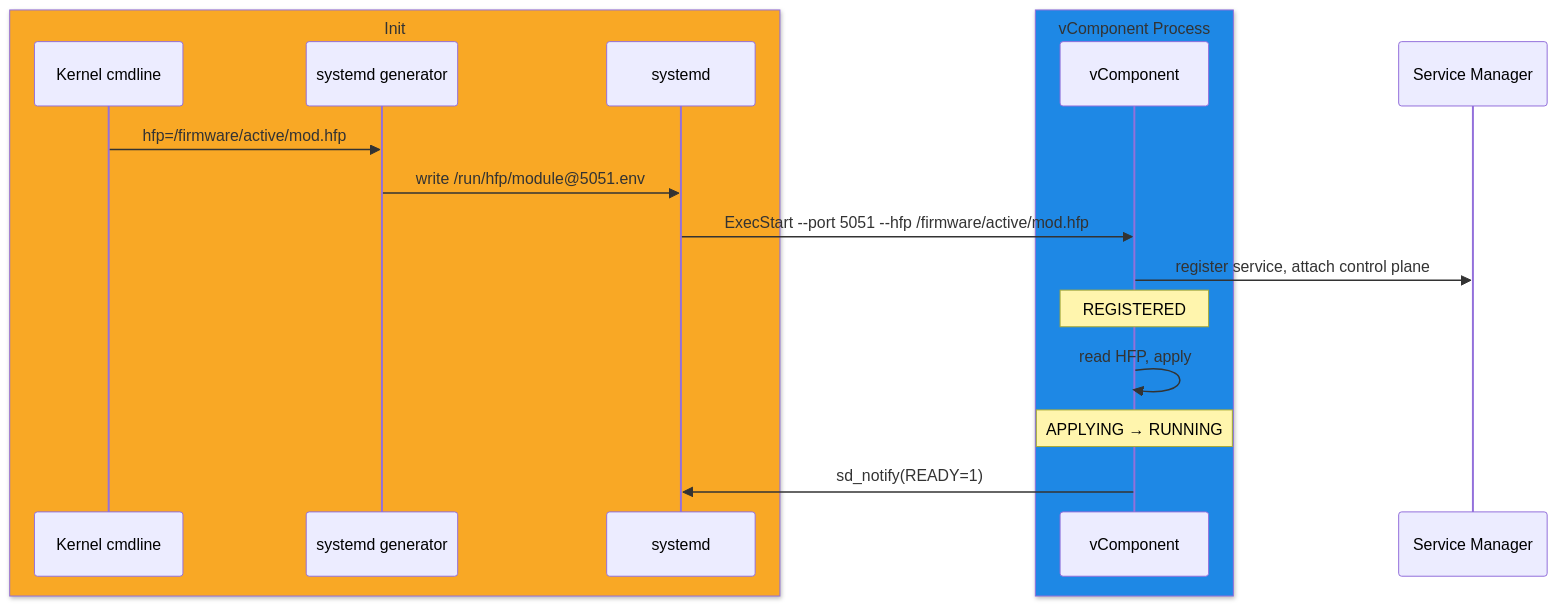
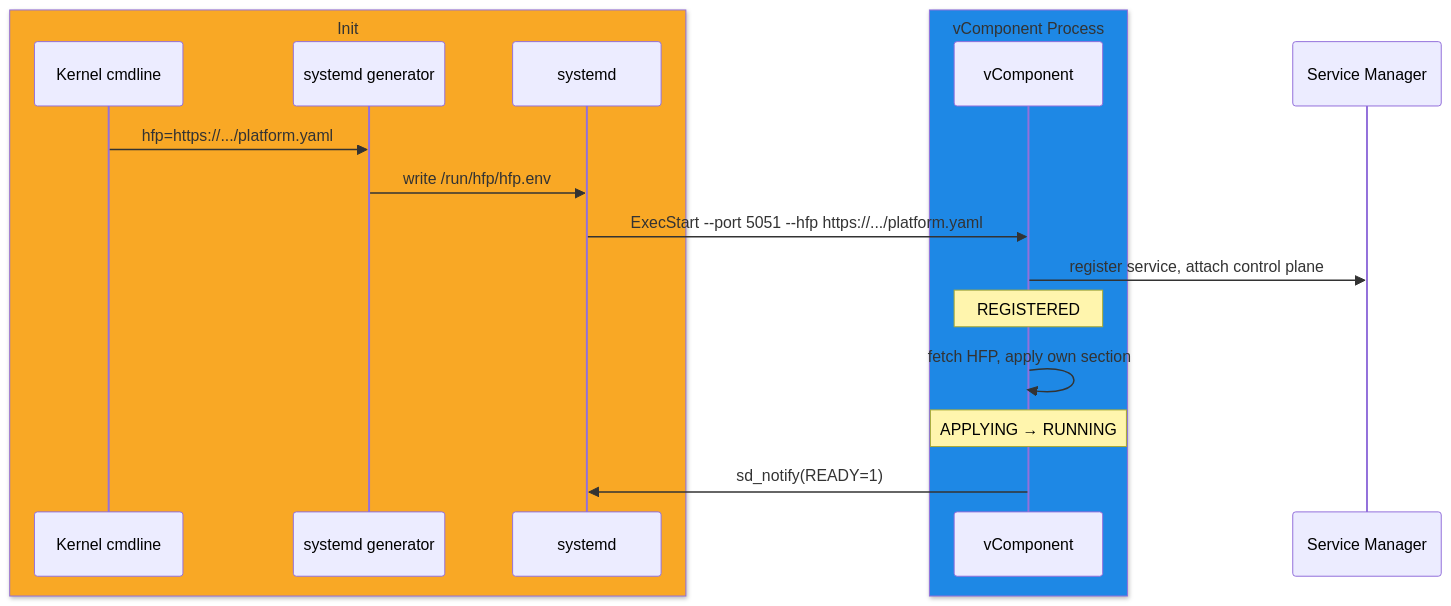
Before and after one commit to rdkcentral/rdk-halif-aidl: the third of 4 diagrams in docs/vsi/boot_sequence/current/module_boot_sequence.md, drawn with Mermaid. The commit also changed other lines of this file, not shown here.

First line of the commit message:
docs(vsi): boot HFP is a single all-modules URL fetched at launch

````diff
--- a/docs/vsi/boot_sequence/current/module_boot_sequence.md
+++ b/docs/vsi/boot_sequence/current/module_boot_sequence.md
@@ -144,21 +146,21 @@
 ```mermaid
 sequenceDiagram
     box rgb(249,168,37) Init
         participant Kernel as Kernel cmdline
         participant Gen as systemd generator
         participant Systemd as systemd
     end
     box rgb(30,136,229) vComponent Process
         participant Module as vComponent
     end
     participant SM as Service Manager
 
-    Kernel->>Gen: hfp=/firmware/active/mod.hfp
-    Gen->>Systemd: write /run/hfp/module@5051.env
-    Systemd->>Module: ExecStart --port 5051 --hfp /firmware/active/mod.hfp
+    Kernel->>Gen: hfp=https://.../platform.yaml
+    Gen->>Systemd: write /run/hfp/hfp.env
+    Systemd->>Module: ExecStart --port 5051 --hfp https://.../platform.yaml
     Module->>SM: register service, attach control plane
     Note over Module: REGISTERED
-    Module->>Module: read HFP, apply
+    Module->>Module: fetch HFP, apply own section
     Note over Module: APPLYING → RUNNING
     Module->>Systemd: sd_notify(READY=1)
 ```
````
